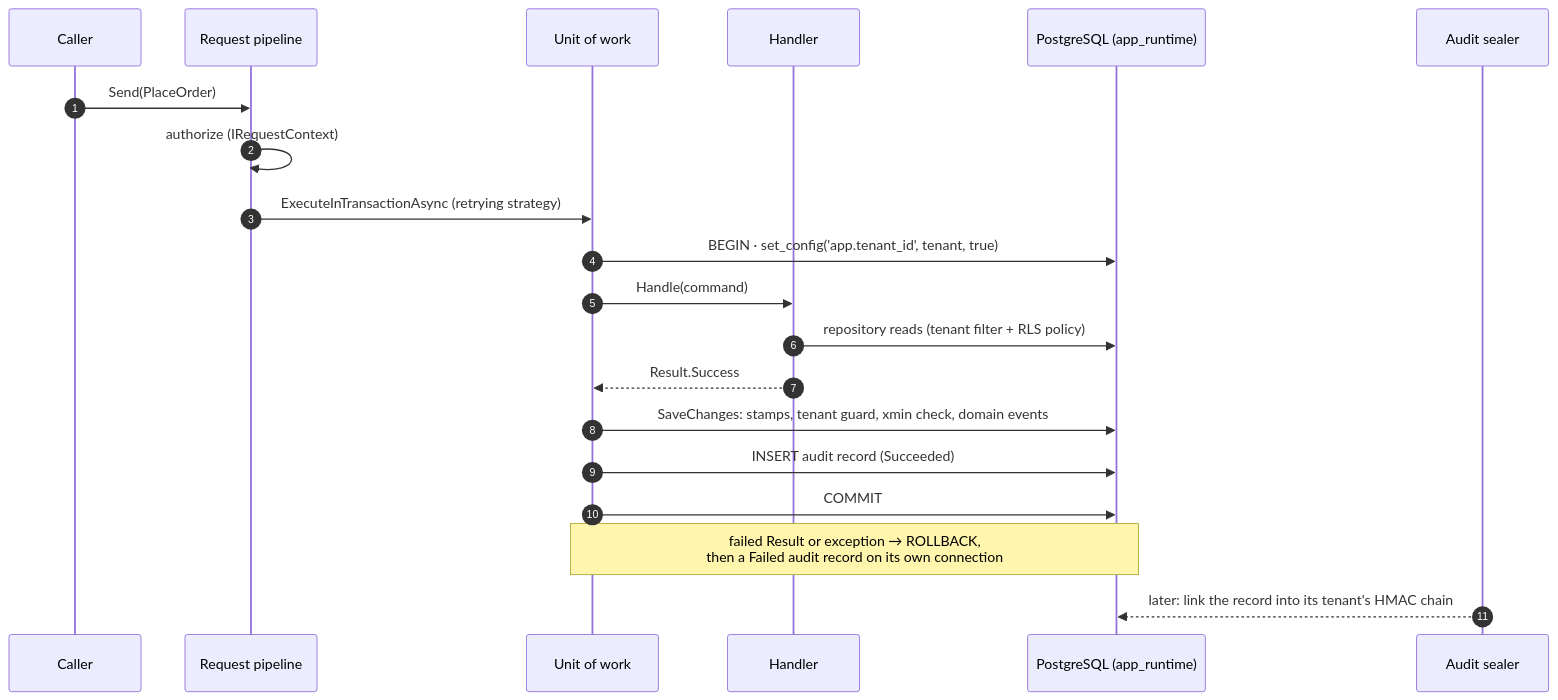
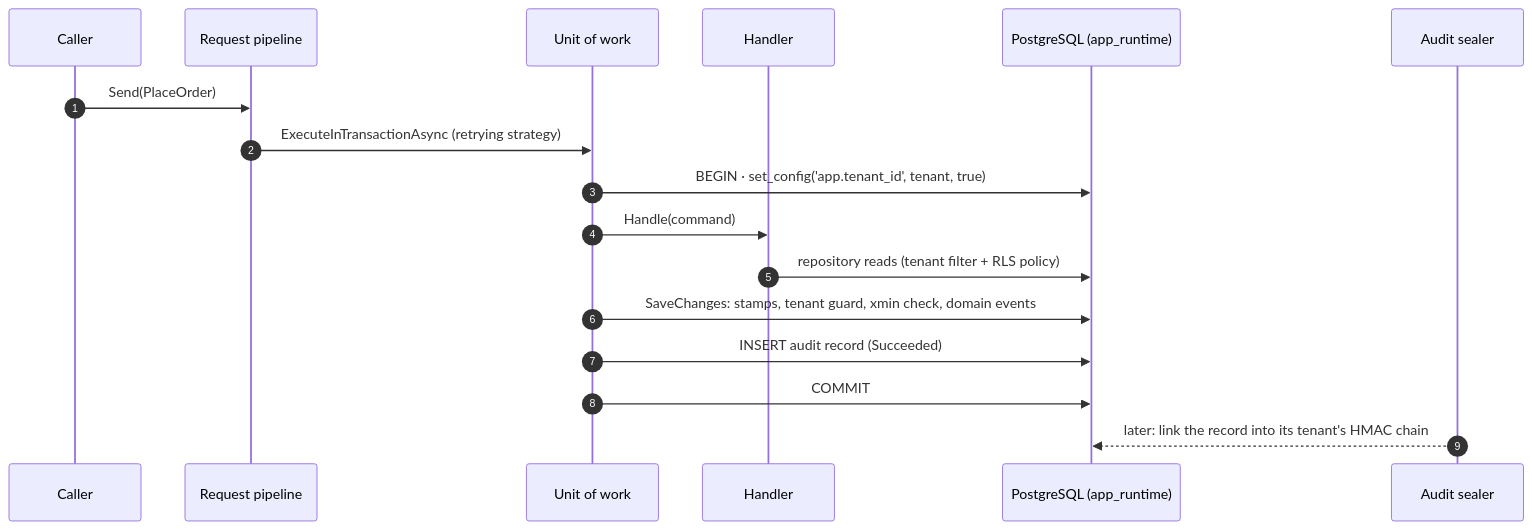
Before and after one commit to Gresta-Vertex-Labs/platform-shared-kernel: the second of 2 diagrams in 06.Persistence/README.md, drawn with Mermaid. The commit also changed other lines of this file and 639 other files, not shown here.

````diff
--- a/06.Persistence/README.md
+++ b/06.Persistence/README.md
@@ -103,23 +254,20 @@
 ```mermaid
 sequenceDiagram
     autonumber
     participant C as Caller
     participant P as Request pipeline
     participant U as Unit of work
     participant H as Handler
     participant DB as PostgreSQL (app_runtime)
     participant S as Audit sealer
 
     C->>P: Send(PlaceOrder)
-    P->>P: authorize (IRequestContext)
     P->>U: ExecuteInTransactionAsync (retrying strategy)
     U->>DB: BEGIN · set_config('app.tenant_id', tenant, true)
     U->>H: Handle(command)
     H->>DB: repository reads (tenant filter + RLS policy)
-    H-->>U: Result.Success
     U->>DB: SaveChanges: stamps, tenant guard, xmin check, domain events
     U->>DB: INSERT audit record (Succeeded)
     U->>DB: COMMIT
-    Note over U,DB: failed Result or exception → ROLLBACK,<br/>then a Failed audit record on its own connection
     S-->>DB: later: link the record into its tenant's HMAC chain
 ```
````
